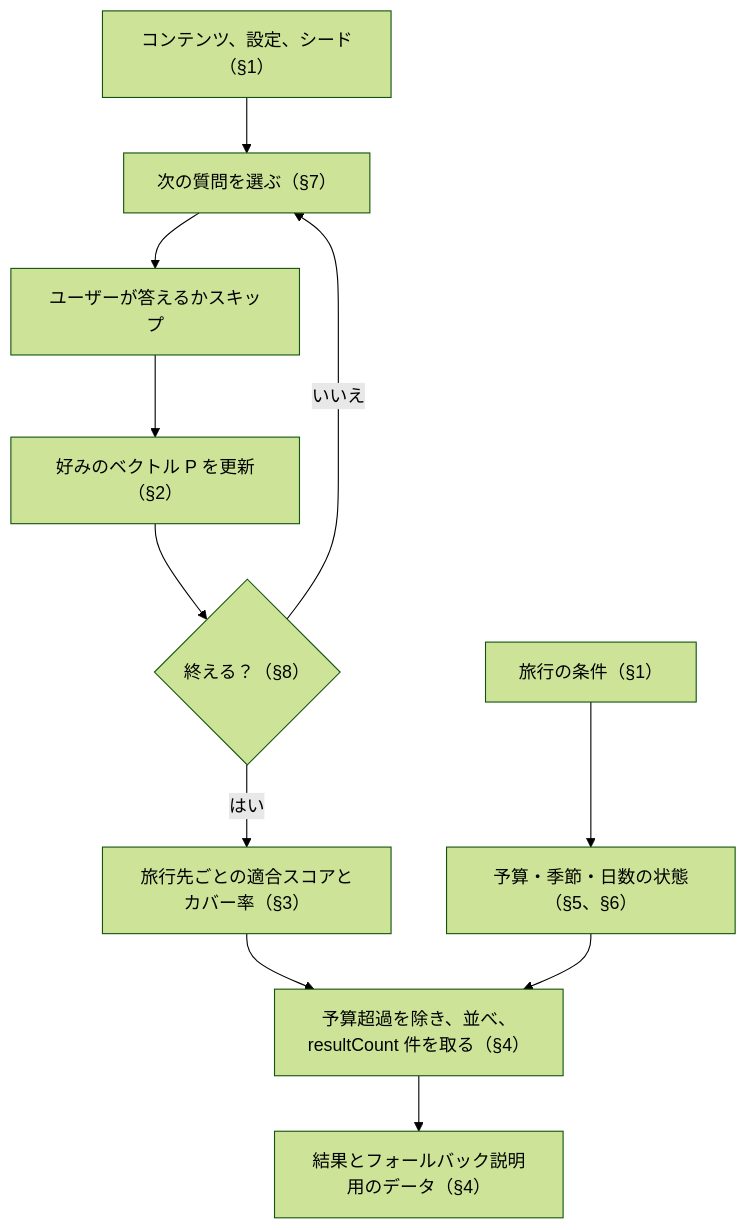
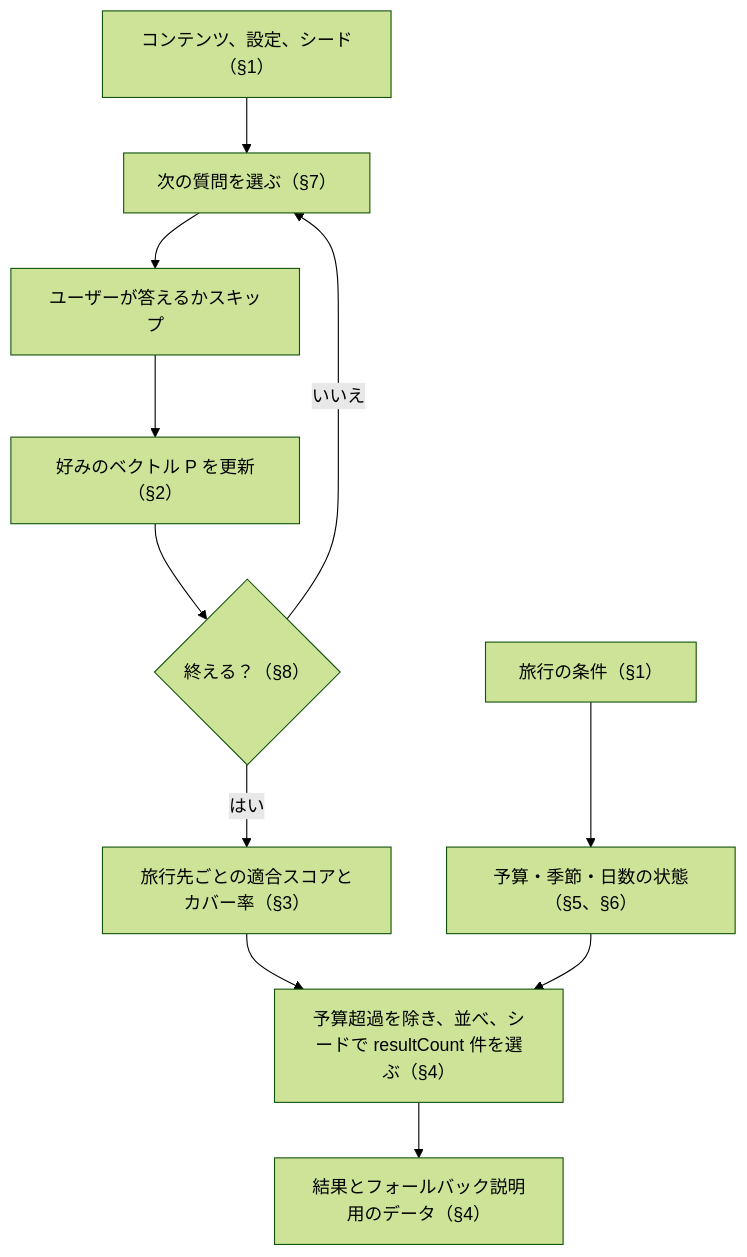
Before and after one commit to musica-sanare/travel-discovery-app: the diagram in docs/ja/DIAGNOSTIC_ALGORITHM.md, drawn with Mermaid (forest theme). The commit also changed other lines of this file and 29 other files, not shown here.

````diff
--- a/docs/ja/DIAGNOSTIC_ALGORITHM.md
+++ b/docs/ja/DIAGNOSTIC_ALGORITHM.md
@@ -16,13 +16,13 @@
 ```mermaid
 flowchart TD
   input["コンテンツ、設定、シード（§1）"] --> select["次の質問を選ぶ（§7）"]
   select --> answer["ユーザーが答えるかスキップ"]
   answer --> prefs["好みのベクトル P を更新（§2）"]
   prefs --> stop{"終える？（§8）"}
   stop -->|"いいえ"| select
   stop -->|"はい"| fit["旅行先ごとの適合スコアとカバー率（§3）"]
   constraints["旅行の条件（§1）"] --> status["予算・季節・日数の状態（§5、§6）"]
-  fit --> rank["予算超過を除き、並べ、resultCount 件を取る（§4）"]
+  fit --> rank["予算超過を除き、並べ、シードで resultCount 件を選ぶ（§4）"]
   status --> rank
   rank --> results["結果とフォールバック説明用のデータ（§4）"]
 ```
````
